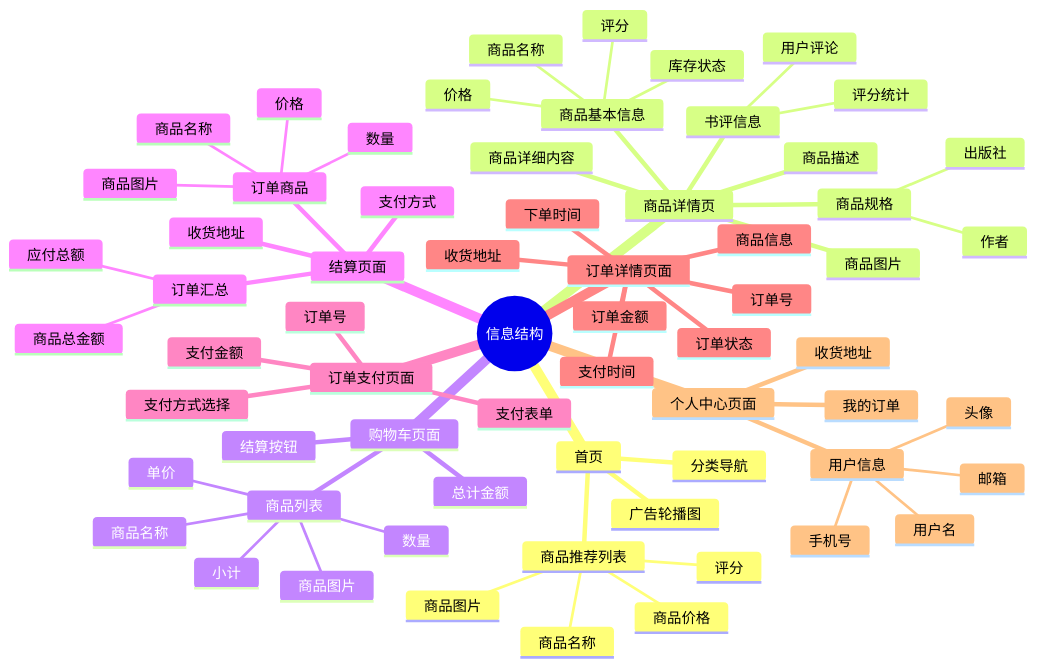
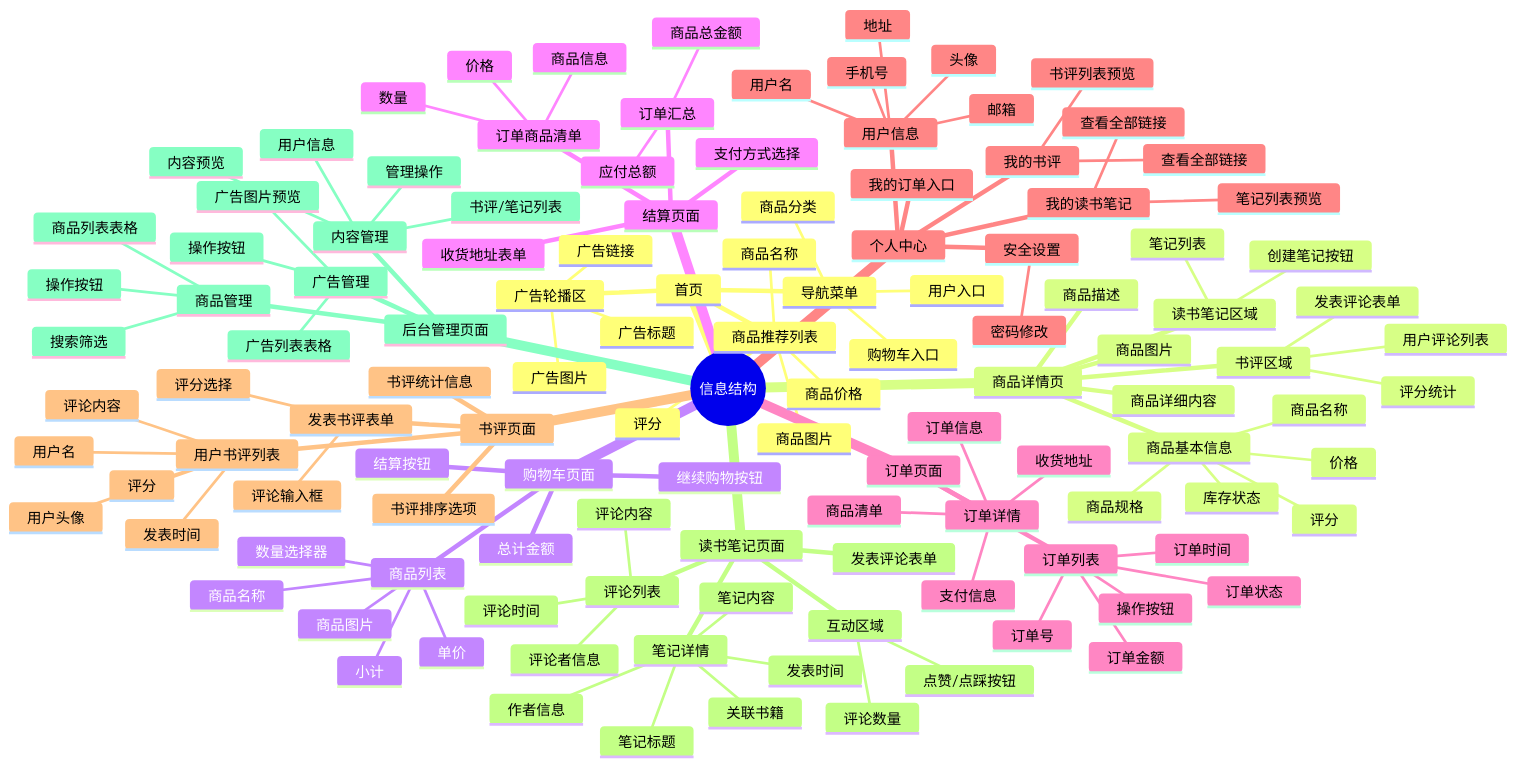
One commit to pilgrimlyieu/Tomato-Bookstore changed the fourth of 7 diagrams in docs/lab/hci-design.md. Above: the diagram before and after it, drawn with Mermaid. The commit also changed other lines of this file and 15 other files, not shown here.

````diff
--- a/docs/lab/hci-design.md
+++ b/docs/lab/hci-design.md
@@ -215,67 +239,123 @@
 mindmap
   root((信息结构))
     首页
+        广告轮播区
+            广告图片
+            广告标题
+            广告链接
         商品推荐列表
             商品图片
             商品名称
             商品价格
             评分
-        广告轮播图
-        分类导航
+        导航菜单
+            商品分类
+            用户入口
+            购物车入口
     商品详情页
         商品基本信息
             商品名称
             价格
             评分
             库存状态
+            商品规格
         商品图片
-        商品规格
-            作者
-            出版社
         商品描述
         商品详细内容
-        书评信息
+        书评区域
             评分统计
-            用户评论
+            用户评论列表
+            发表评论表单
+        读书笔记区域
+            笔记列表
+            创建笔记按钮
     购物车页面
         商品列表
             商品图片
             商品名称
             单价
-            数量
+            数量选择器
             小计
         总计金额
         结算按钮
+        继续购物按钮
     结算页面
-        收货地址
-        支付方式
-        订单商品
-            商品图片
-            商品名称
+        收货地址表单
+        支付方式选择
+        订单商品清单
+            商品信息
             数量
             价格
         订单汇总
             商品总金额
             应付总额
-    订单支付页面
-        订单号
-        支付金额
-        支付方式选择
-        支付表单
-    订单详情页面
-        订单状态
-        订单号
-        下单时间
-        支付时间
-        收货地址
-        商品信息
-        订单金额
-    个人中心页面
+    订单页面
+        订单列表
+            订单号
+            订单状态
+            订单金额
+            订单时间
+            操作按钮
+        订单详情
+            订单信息
+            收货地址
+            商品清单
+            支付信息
+    个人中心
         用户信息
             头像
             用户名
             邮箱
             手机号
-        我的订单
-        收货地址
+            地址
+        我的订单入口
+        我的书评
+            书评列表预览
+            查看全部链接
+        我的读书笔记
+            笔记列表预览
+            查看全部链接
+        安全设置
+            密码修改
+    书评页面
+        书评统计信息
+        书评排序选项
+        用户书评列表
+            用户头像
+            用户名
+            评分
+            评论内容
+            发表时间
+        发表书评表单
+            评分选择
+            评论输入框
+    读书笔记页面
+        笔记详情
+            笔记标题
+            笔记内容
+            作者信息
+            发表时间
+            关联书籍
+        互动区域
+            点赞/点踩按钮
+            评论数量
+        评论列表
+            评论内容
+            评论者信息
+            评论时间
+        发表评论表单
+    后台管理页面
+        商品管理
+            商品列表表格
+            搜索筛选
+            操作按钮
+        广告管理
+            广告列表表格
+            广告图片预览
+            操作按钮
+        内容管理
+            书评/笔记列表
+            用户信息
+            内容预览
+            管理操作
 ```
````
